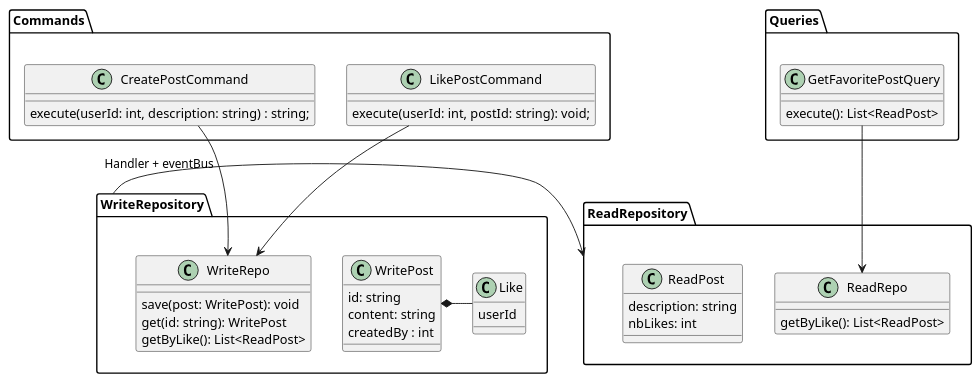
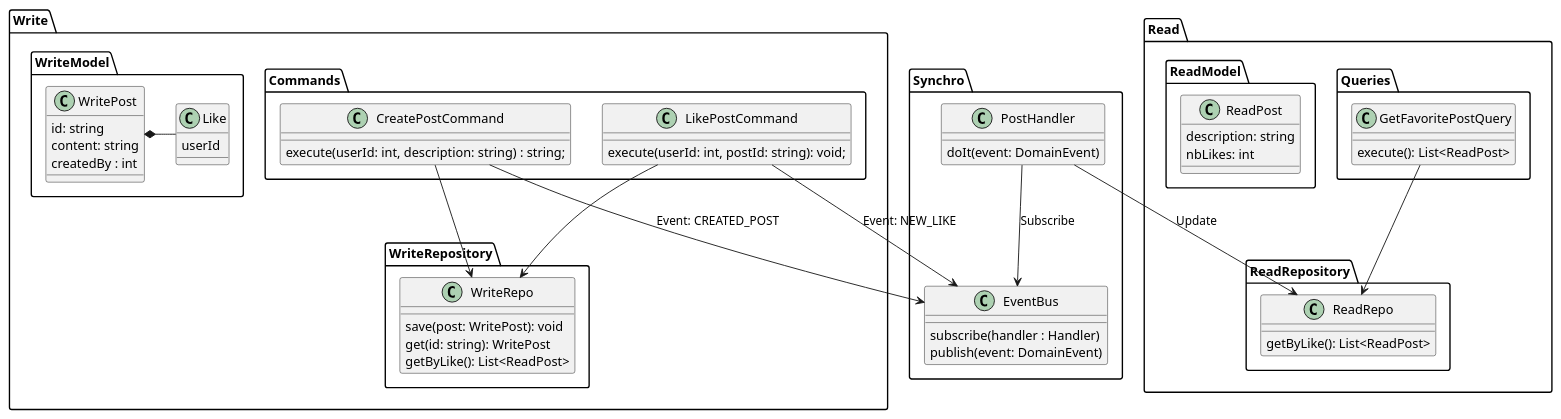
Before and after one commit to yusahoraa/cqrs-es: the diagram in apps/stack-flow/stack-flow.puml, drawn with PlantUML. The commit also changed 17 other files, not shown here.

```diff
--- a/apps/stack-flow/stack-flow.puml
+++ b/apps/stack-flow/stack-flow.puml
@@ -1,59 +1,82 @@
 @startuml
 'https://plantuml.com/class-diagram
 
-package Commands {
-  class CreatePostCommand {
-    execute(userId: int, description: string) : string;
+package Read {
+  package Queries {
+    class GetFavoritePostQuery {
+      execute(): List<ReadPost>
+    }
   }
 
-  class LikePostCommand {
-    execute(userId: int, postId: string): void;
+  package ReadModel {
+    class ReadPost {
+      description: string
+      nbLikes: int
+    }
+  }
+
+  package ReadRepository {
+    class ReadRepo {
+      getByLike(): List<ReadPost>
+    }
   }
 }
 
-package Queries {
-  class GetFavoritePostQuery {
-    execute(): List<ReadPost>
+package Write {
+  package Commands {
+    class CreatePostCommand {
+      execute(userId: int, description: string) : string;
+    }
+
+    class LikePostCommand {
+      execute(userId: int, postId: string): void;
+    }
   }
+
+  package WriteModel {
+    class WritePost {
+      id: string
+      content: string
+      createdBy : int
+    }
+
+    class Like {
+      userId
+    }
+
+    WritePost *- Like
+  }
+
+  package WriteRepository {
+    class WriteRepo {
+      save(post: WritePost): void
+      get(id: string): WritePost
+      getByLike(): List<ReadPost>
+    }
+
+  }
+
 }
 
-package WriteRepository {
-  class WriteRepo {
-    save(post: WritePost): void
-    get(id: string): WritePost
-    getByLike(): List<ReadPost>
+package Synchro {
+  class EventBus {
+    subscribe(handler : Handler)
+    publish(event: DomainEvent)
   }
 
-  class WritePost {
-    id: string
-    content: string
-    createdBy : int
-  }
-
-  class Like {
-    userId
-  }
-
-  WritePost *- Like
-}
-
-
-package ReadRepository {
-  class ReadRepo {
-    getByLike(): List<ReadPost>
-  }
-
-  class ReadPost {
-    description: string
-    nbLikes: int
+  class PostHandler {
+    doIt(event: DomainEvent)
   }
 }
 
 CreatePostCommand --> WriteRepo
 LikePostCommand --> WriteRepo
 
 GetFavoritePostQuery --> ReadRepo
 
-WriteRepository -> ReadRepository : "Handler + eventBus"
+CreatePostCommand --> EventBus : "Event: CREATED_POST"
+LikePostCommand --> EventBus : "Event: NEW_LIKE"
+PostHandler --> EventBus : "Subscribe"
+PostHandler --> ReadRepo : "Update"
 
 @enduml
```
